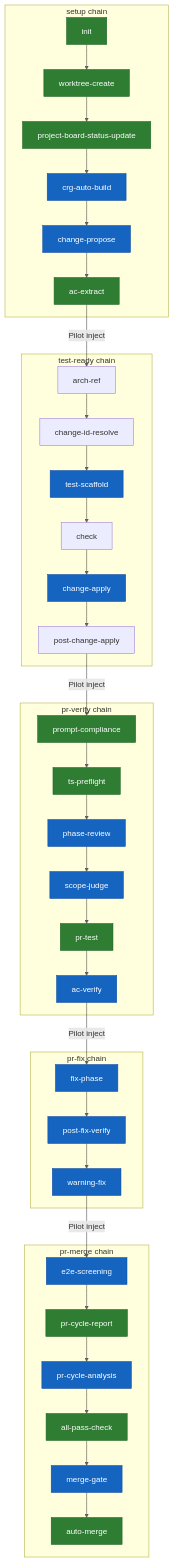
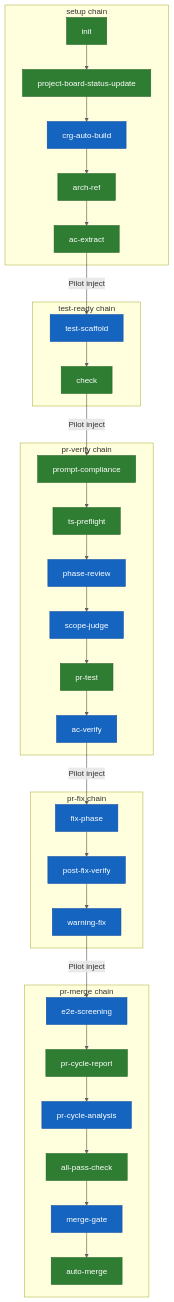
The second of 3 diagrams in plugins/twl/architecture/domain/contexts/autopilot.md (shuu5/twill), drawn with Mermaid before and after one commit. The commit also changed other lines of this file and 8 other files, not shown here.

First line of the commit message:
refactor(#910): refs/+ architecture contexts + domain/model + pre-compact-checkpoint.sh から deltaspec 削除

````diff
--- a/plugins/twl/architecture/domain/contexts/autopilot.md
+++ b/plugins/twl/architecture/domain/contexts/autopilot.md
@@ -100,78 +100,68 @@
 ```mermaid
 flowchart TD
 
     subgraph setup["setup chain"]
         setup__init["init"]:::script
-        setup__worktree_create["worktree-create"]:::script
         setup__project_board_status_update["project-board-status-update"]:::script
         setup__crg_auto_build["crg-auto-build"]:::llm
-        setup__change_propose["change-propose"]:::llm
+        setup__arch_ref["arch-ref"]:::script
         setup__ac_extract["ac-extract"]:::script
     end
 
     subgraph test_ready["test-ready chain"]
-        test_ready__arch_ref["arch-ref"]
-        test_ready__change_id_resolve["change-id-resolve"]
         test_ready__test_scaffold["test-scaffold"]:::llm
-        test_ready__check["check"]
-        test_ready__change_apply["change-apply"]:::llm
-        test_ready__post_change_apply["post-change-apply"]
+        test_ready__check["check"]:::script
     end
 
     subgraph pr_verify["pr-verify chain"]
         pr_verify__prompt_compliance["prompt-compliance"]:::script
         pr_verify__ts_preflight["ts-preflight"]:::script
         pr_verify__phase_review["phase-review"]:::llm
         pr_verify__scope_judge["scope-judge"]:::llm
         pr_verify__pr_test["pr-test"]:::script
         pr_verify__ac_verify["ac-verify"]:::llm
     end
 
     subgraph pr_fix["pr-fix chain"]
         pr_fix__fix_phase["fix-phase"]:::llm
         pr_fix__post_fix_verify["post-fix-verify"]:::llm
         pr_fix__warning_fix["warning-fix"]:::llm
     end
 
     subgraph pr_merge["pr-merge chain"]
         pr_merge__e2e_screening["e2e-screening"]:::llm
         pr_merge__pr_cycle_report["pr-cycle-report"]:::script
         pr_merge__pr_cycle_analysis["pr-cycle-analysis"]:::llm
         pr_merge__all_pass_check["all-pass-check"]:::script
         pr_merge__merge_gate["merge-gate"]:::llm
         pr_merge__auto_merge["auto-merge"]:::script
     end
 
-    setup__init --> setup__worktree_create
-    setup__worktree_create --> setup__project_board_status_update
+    setup__init --> setup__project_board_status_update
     setup__project_board_status_update --> setup__crg_auto_build
-    setup__crg_auto_build --> setup__change_propose
-    setup__change_propose --> setup__ac_extract
-    test_ready__arch_ref --> test_ready__change_id_resolve
-    test_ready__change_id_resolve --> test_ready__test_scaffold
+    setup__crg_auto_build --> setup__arch_ref
+    setup__arch_ref --> setup__ac_extract
     test_ready__test_scaffold --> test_ready__check
-    test_ready__check --> test_ready__change_apply
-    test_ready__change_apply --> test_ready__post_change_apply
     pr_verify__prompt_compliance --> pr_verify__ts_preflight
     pr_verify__ts_preflight --> pr_verify__phase_review
     pr_verify__phase_review --> pr_verify__scope_judge
     pr_verify__scope_judge --> pr_verify__pr_test
     pr_verify__pr_test --> pr_verify__ac_verify
     pr_fix__fix_phase --> pr_fix__post_fix_verify
     pr_fix__post_fix_verify --> pr_fix__warning_fix
     pr_merge__e2e_screening --> pr_merge__pr_cycle_report
     pr_merge__pr_cycle_report --> pr_merge__pr_cycle_analysis
     pr_merge__pr_cycle_analysis --> pr_merge__all_pass_check
     pr_merge__all_pass_check --> pr_merge__merge_gate
     pr_merge__merge_gate --> pr_merge__auto_merge
 
-    setup__ac_extract -->|"Pilot inject"| test_ready__arch_ref
-    test_ready__post_change_apply -->|"Pilot inject"| pr_verify__prompt_compliance
+    setup__ac_extract -->|"Pilot inject"| test_ready__test_scaffold
+    test_ready__check -->|"Pilot inject"| pr_verify__prompt_compliance
     pr_verify__ac_verify -->|"Pilot inject"| pr_fix__fix_phase
     pr_fix__warning_fix -->|"Pilot inject"| pr_merge__e2e_screening
 
     classDef script fill:#2e7d32,stroke:#1b5e20,color:#ffffff
     classDef llm fill:#1565c0,stroke:#0d47a1,color:#ffffff
     classDef composite fill:#7b1fa2,stroke:#4a148c,color:#ffffff
     classDef marker fill:#616161,stroke:#424242,color:#ffffff
 ```
````
